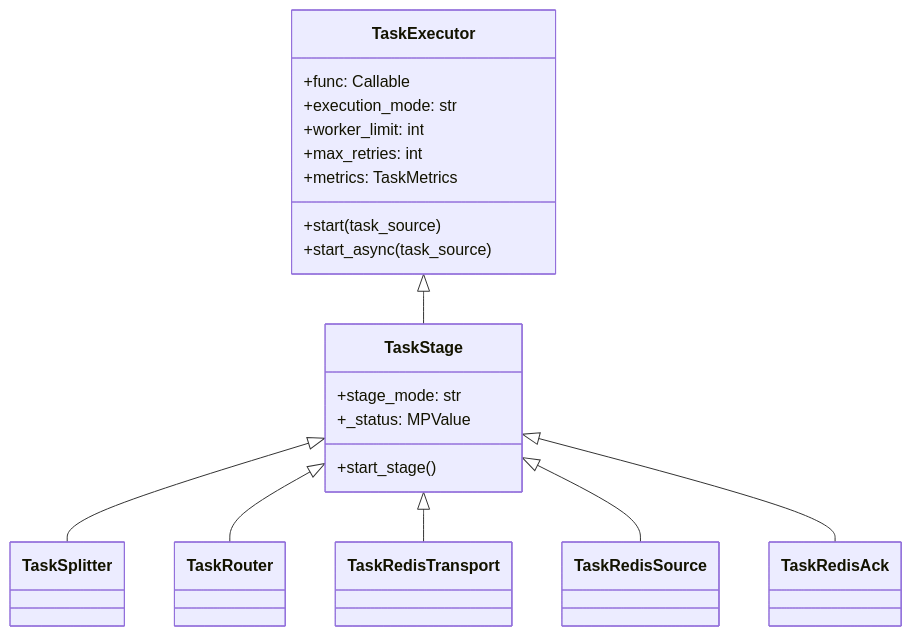
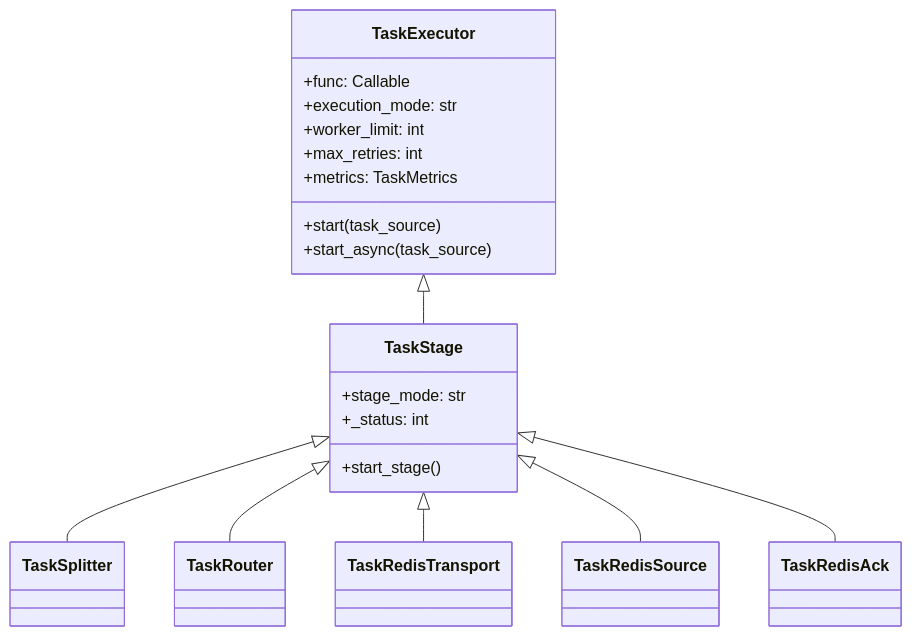
One commit to Mr-xiaotian/CelestialFlow changed the second of 9 diagrams in docs/ja/presentation.md. Above: the diagram before and after it, drawn with Mermaid. The commit also changed other lines of this file and 176 other files, not shown here.

````diff
--- a/docs/ja/presentation.md
+++ b/docs/ja/presentation.md
@@ -140,25 +140,25 @@
 ```mermaid
 classDiagram
     TaskExecutor <|-- TaskStage
     TaskStage <|-- TaskSplitter
     TaskStage <|-- TaskRouter
     TaskStage <|-- TaskRedisTransport
     TaskStage <|-- TaskRedisSource
     TaskStage <|-- TaskRedisAck
 
     class TaskExecutor {
         +func: Callable
         +execution_mode: str
         +worker_limit: int
         +max_retries: int
         +metrics: TaskMetrics
         +start(task_source)
         +start_async(task_source)
     }
 
     class TaskStage {
         +stage_mode: str
-        +_status: MPValue
+        +_status: int
         +start_stage()
     }
 ```
````
